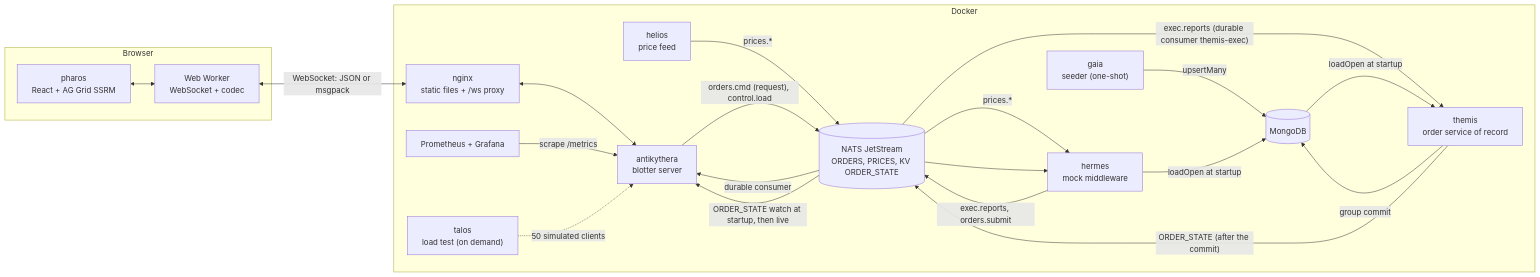
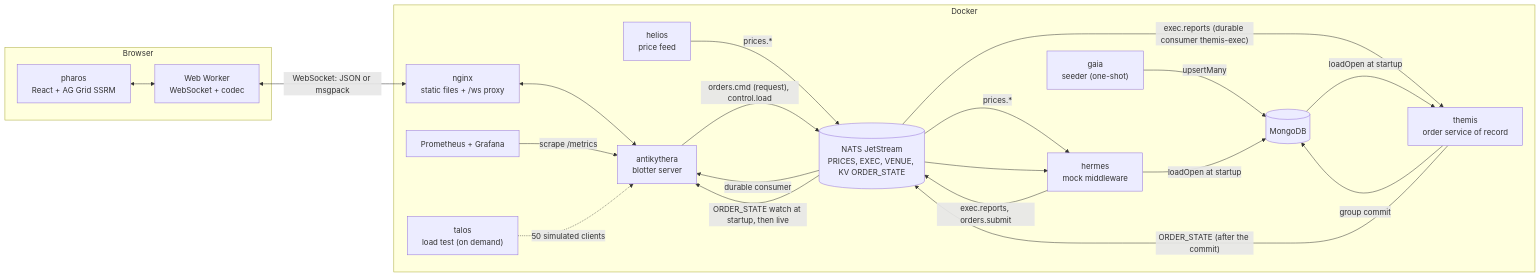
The first of 3 diagrams in docs/architecture.md (iAppGeek/apeiron), drawn with Mermaid before and after one commit. The commit also changed other lines of this file and 28 other files, not shown here.

````diff
--- a/docs/architecture.md
+++ b/docs/architecture.md
@@ -16,37 +16,37 @@
 ```mermaid
 flowchart LR
   subgraph Browser
     UI["pharos<br/>React + AG Grid SSRM"]
     W["Web Worker<br/>WebSocket + codec"]
     UI <--> W
   end
   subgraph Docker
     NG["nginx<br/>static files + /ws proxy"]
     AN["antikythera<br/>blotter server"]
     TH["themis<br/>order service of record"]
     HL["helios<br/>price feed"]
     HE["hermes<br/>mock middleware"]
-    NA[("NATS JetStream<br/>ORDERS, PRICES, KV ORDER_STATE")]
+    NA[("NATS JetStream<br/>PRICES, EXEC, VENUE, KV ORDER_STATE")]
     MO[("MongoDB")]
     GA["gaia<br/>seeder (one-shot)"]
     PR["Prometheus + Grafana"]
     TA["talos<br/>load test (on demand)"]
   end
   W <-->|"WebSocket: JSON or msgpack"| NG
   NG <--> AN
   HL -->|"prices.*"| NA
   HE -->|"exec.reports, orders.submit"| NA
   NA -->|"prices.*"| HE
   NA -->|"durable consumer"| AN
   AN -->|"orders.cmd (request), control.load"| NA
   NA --> HE
   NA -->|"exec.reports (durable consumer themis-exec)"| TH
   TH -->|"group commit"| MO
   TH -->|"ORDER_STATE (after the commit)"| NA
   NA -->|"ORDER_STATE watch at startup, then live"| AN
   GA -->|"upsertMany"| MO
   MO -->|"loadOpen at startup"| TH
   HE -->|"loadOpen at startup"| MO
   PR -->|"scrape /metrics"| AN
   TA -.->|"50 simulated clients"| AN
 ```
````
